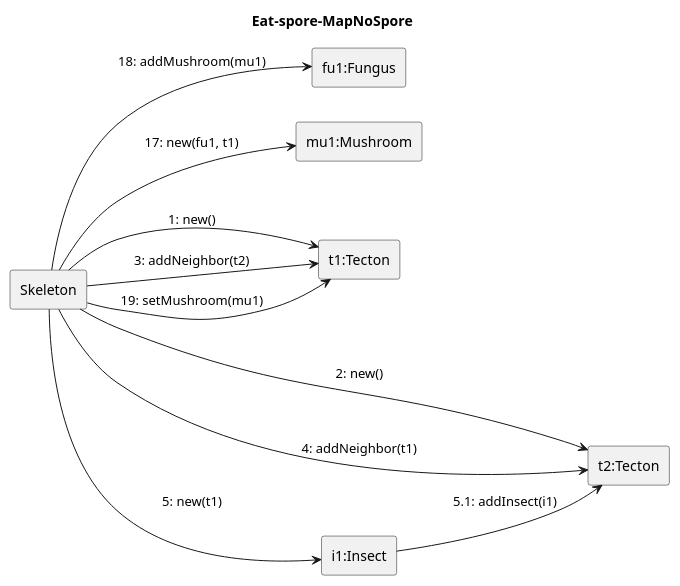
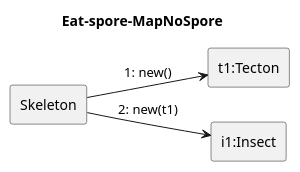
One commit to ZD4ve/projlab-error521 changed the diagram in Skeleton/Eat-spore/map-no-spore.pu. Above: the diagram before and after it, drawn with PlantUML. The commit also changed 3 other files, not shown here.

```diff
--- a/Skeleton/Eat-spore/map-no-spore.pu
+++ b/Skeleton/Eat-spore/map-no-spore.pu
@@ -1,25 +1,14 @@
 @startuml Eat-spore/map-no-spore
 left to right direction
 title Eat-spore-MapNoSpore
 
 rectangle Skeleton as S 
 
-rectangle "fu1:Fungus" as fu1
-rectangle "mu1:Mushroom" as mu1
 rectangle "t1:Tecton" as t1
-rectangle "t2:Tecton" as t2
 rectangle "i1:Insect" as i1
 
 S --> t1: 1: new()
-S --> t2: 2: new()
-S --> t1: 3: addNeighbor(t2)
-S --> t2: 4: addNeighbor(t1)
 
-S --> i1 : 5: new(t1)
-i1 --> t2 : 5.1: addInsect(i1)
-
-S --> mu1: 17: new(fu1, t1)
-S --> fu1: 18: addMushroom(mu1)
-S --> t1: 19: setMushroom(mu1)
+S --> i1 : 2: new(t1)
 
 @enduml
```
